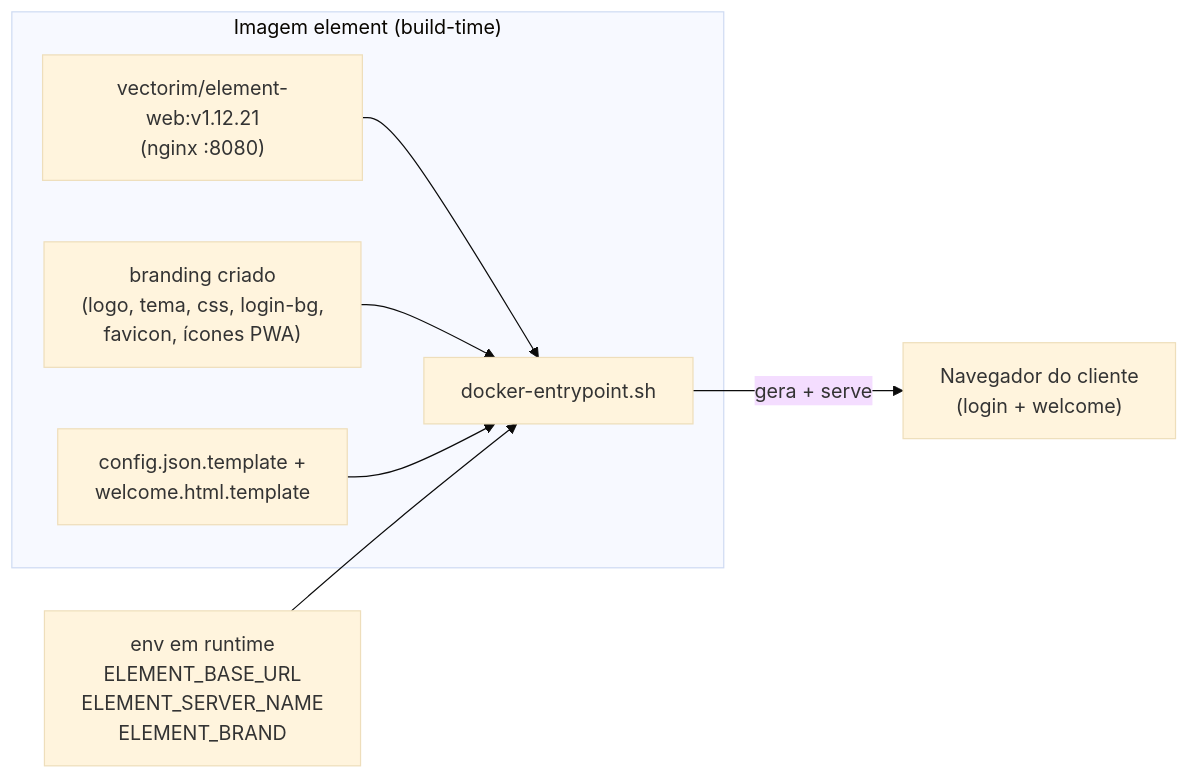
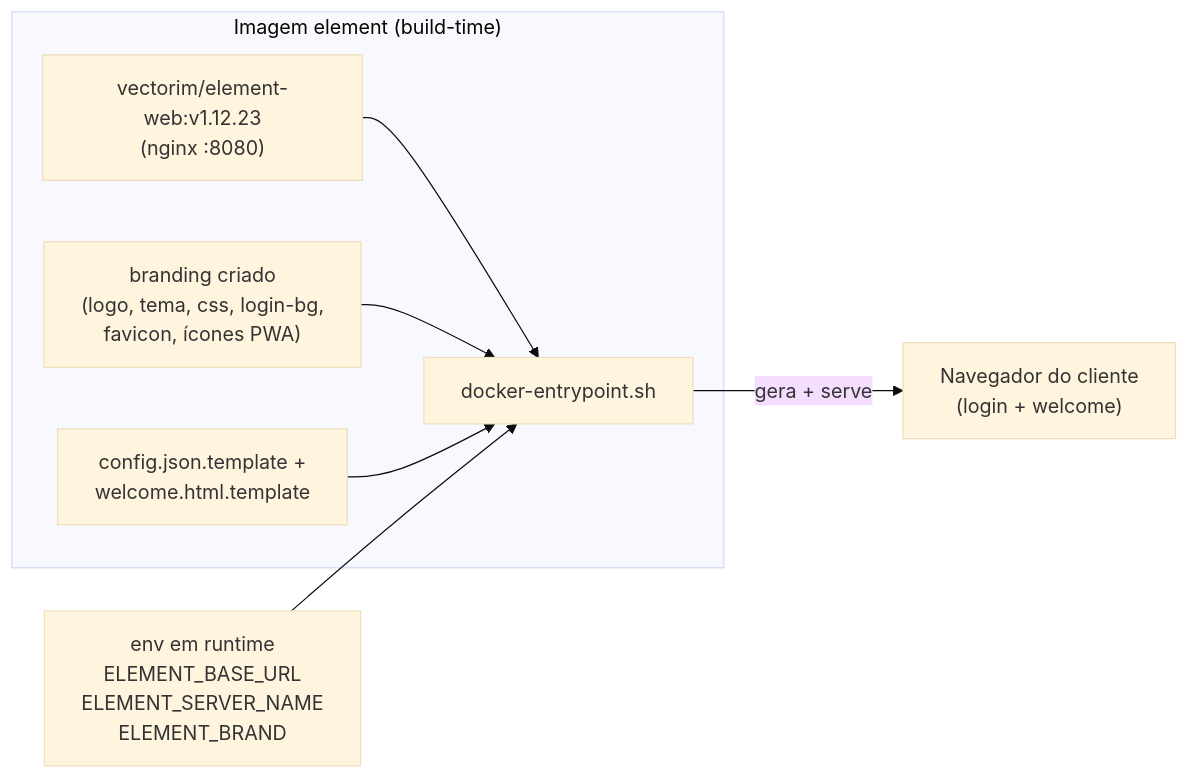
One commit to marcelofmatos/element changed the first of 2 diagrams in README.md. Above: the diagram before and after it, drawn with Mermaid (base theme). The commit also changed other lines of this file and 4 other files, not shown here.

````diff
--- a/README.md
+++ b/README.md
@@ -50,16 +50,16 @@
 ```mermaid
 flowchart LR
-  base["vectorim/element-web:v1.12.21<br/>(nginx :8080)"]
+  base["vectorim/element-web:v1.12.23<br/>(nginx :8080)"]
   brand["branding criado<br/>(logo, tema, css, login-bg,<br/>favicon, ícones PWA)"]
   tmpl["config.json.template +<br/>welcome.html.template"]
   entry["docker-entrypoint.sh"]
 
   subgraph img["Imagem element (build-time)"]
     base --> entry
     brand --> entry
     tmpl --> entry
   end
 
   env["env em runtime<br/>ELEMENT_BASE_URL<br/>ELEMENT_SERVER_NAME<br/>ELEMENT_BRAND"] --> entry
   entry -->|gera + serve| user["Navegador do cliente<br/>(login + welcome)"]
 ```
````
